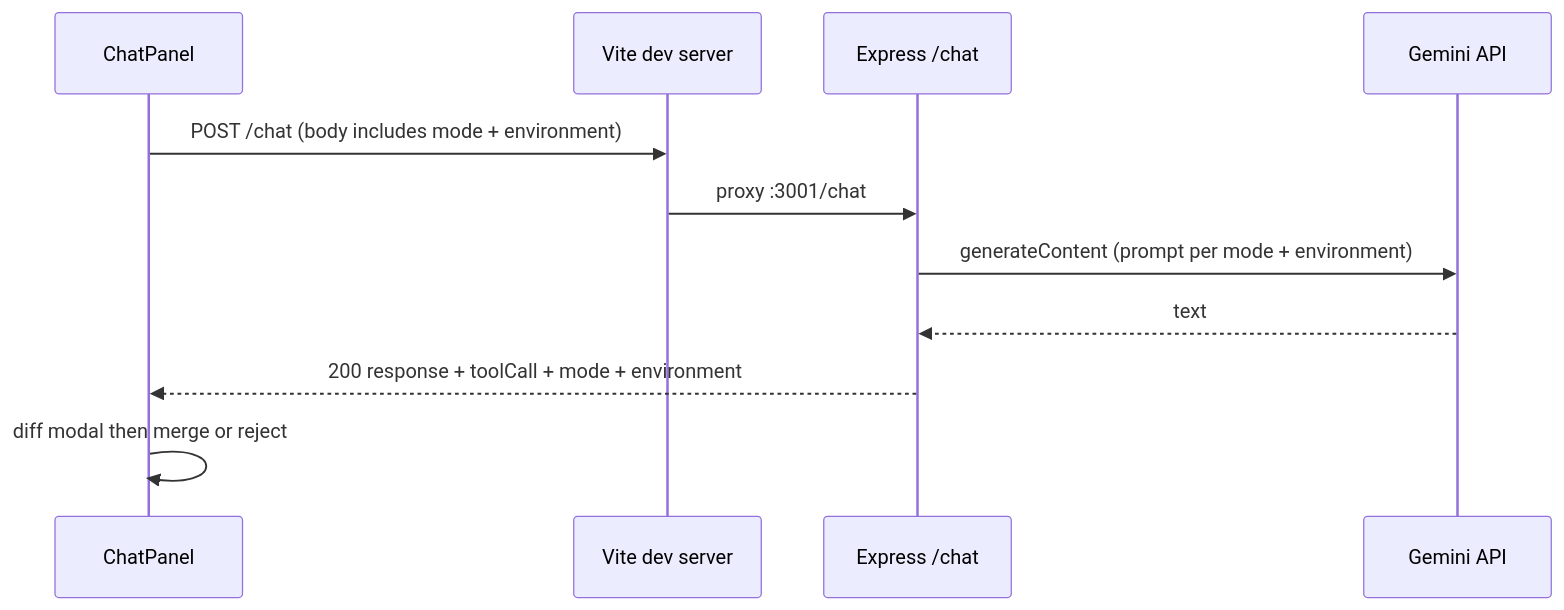
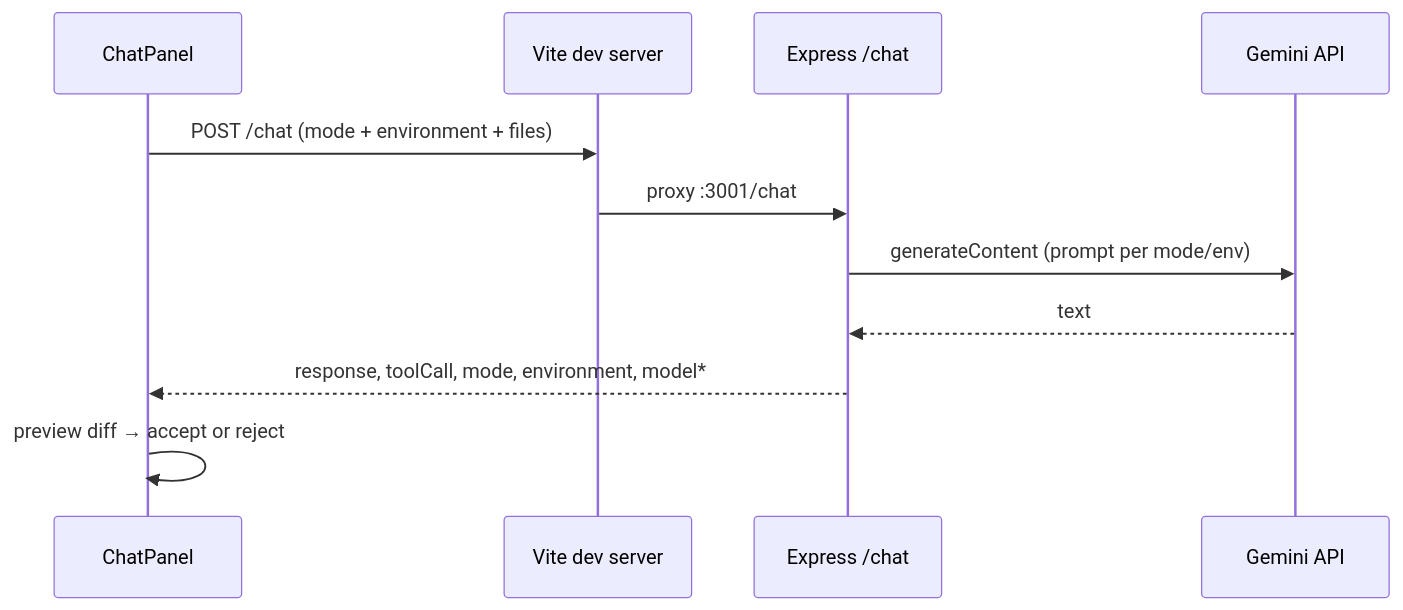
The diagram in README.md (kugloff/coding-with-cursor), drawn with Mermaid before and after one commit. The commit also changed other lines of this file, not shown here.

````diff
--- a/README.md
+++ b/README.md
@@ -189,13 +205,13 @@
 ```mermaid
 sequenceDiagram
   participant UI as ChatPanel
   participant Vite as Vite dev server
   participant API as Express /chat
   participant Gemini as Gemini API
-  UI->>Vite: POST /chat (body includes mode + environment)
+  UI->>Vite: POST /chat (mode + environment + files)
   Vite->>API: proxy :3001/chat
-  API->>Gemini: generateContent (prompt per mode + environment)
+  API->>Gemini: generateContent (prompt per mode/env)
   Gemini-->>API: text
-  API-->>UI: 200 response + toolCall + mode + environment
-  UI->>UI: diff modal then merge or reject
+  API-->>UI: response, toolCall, mode, environment, model*
+  UI->>UI: preview diff → accept or reject
 ```
````
